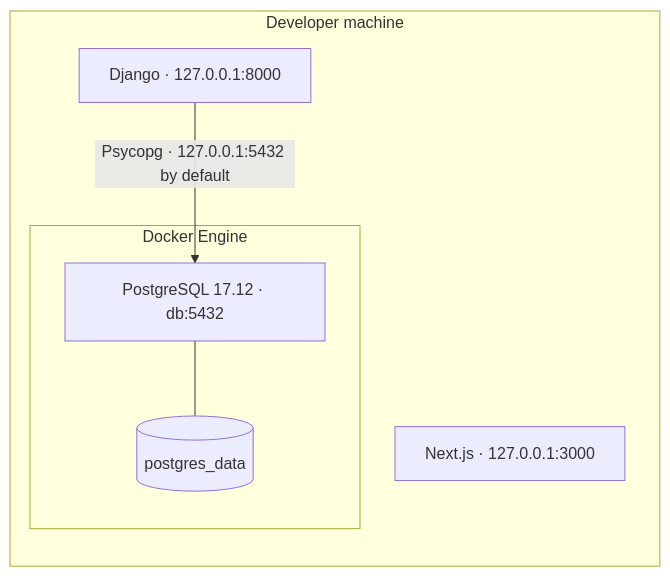
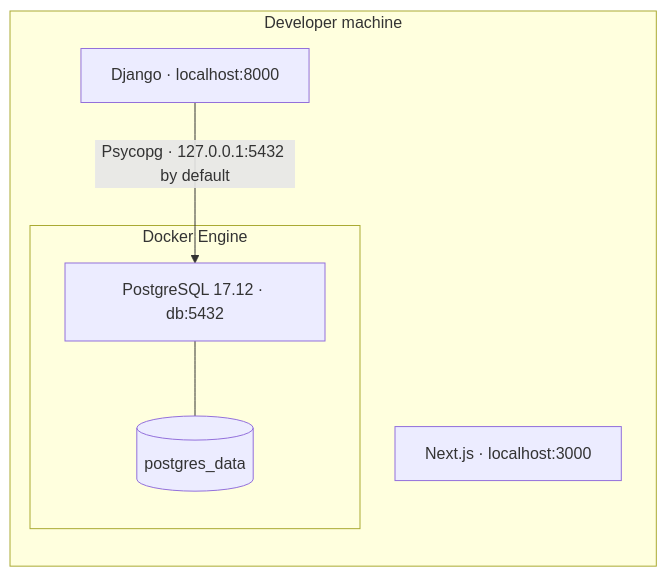
The diagram in docs/architecture/backend.md (isazadesabuhi/ai-customer-support), drawn with Mermaid before and after one commit. The commit also changed other lines of this file and 48 other files, not shown here.

````diff
--- a/docs/architecture/backend.md
+++ b/docs/architecture/backend.md
@@ -9,13 +9,13 @@
 ```mermaid
 flowchart LR
     subgraph Host["Developer machine"]
-        UI["Next.js · 127.0.0.1:3000"]
-        API["Django · 127.0.0.1:8000"]
+        UI["Next.js · localhost:3000"]
+        API["Django · localhost:8000"]
         subgraph Docker["Docker Engine"]
             DB["PostgreSQL 17.12 · db:5432"]
             Volume[("postgres_data")]
         end
         API -->|"Psycopg · 127.0.0.1:5432 by default"| DB
         DB --- Volume
     end
 ```
````
